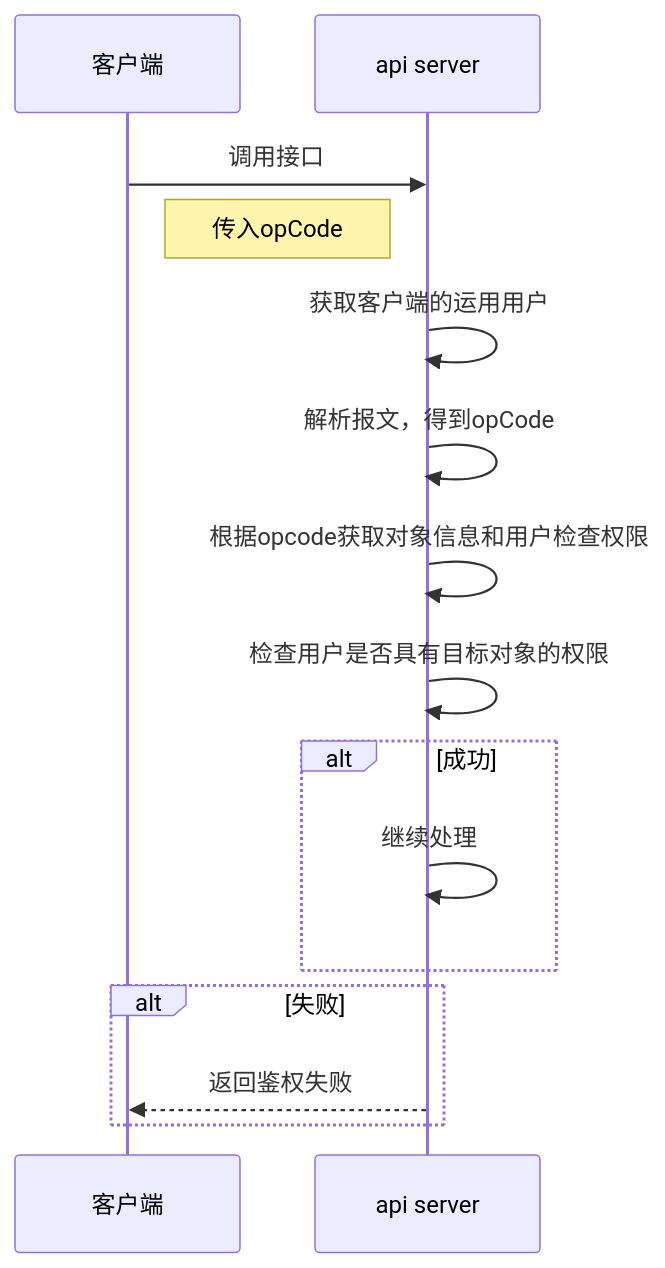
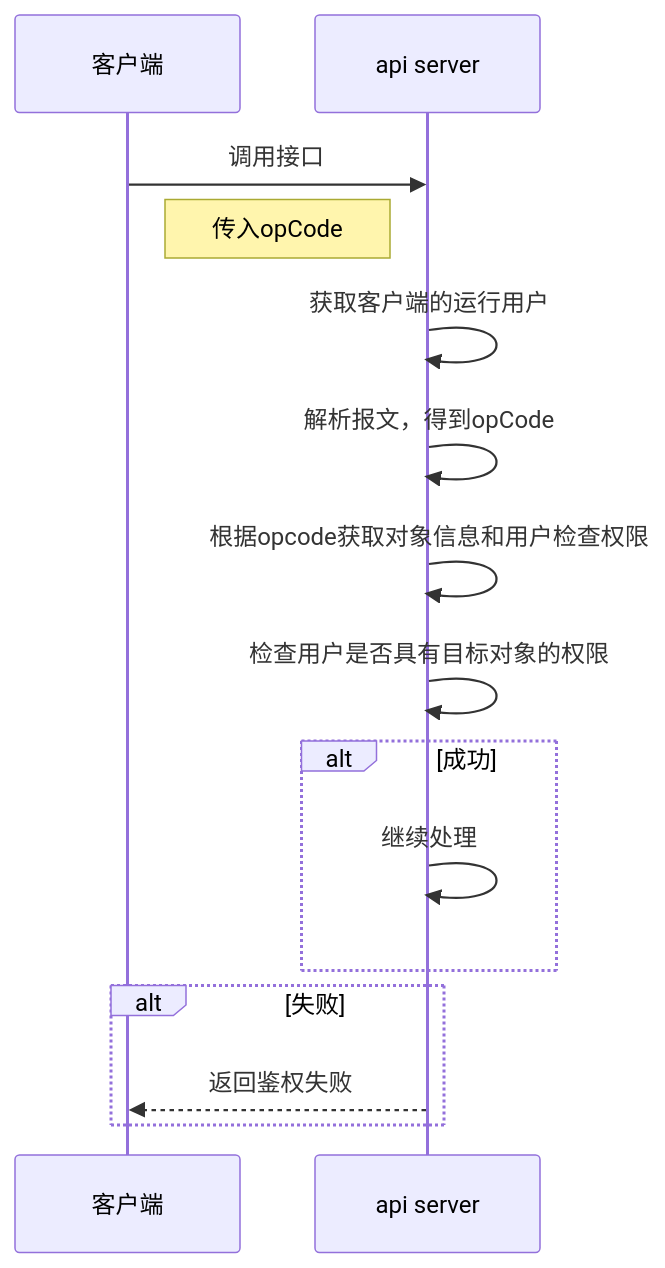
Before and after one commit to openeuler-mirror/ubs-engine: the fourth of 4 diagrams in docs/design/UBSE角色访问控制设计.md, drawn with Mermaid. The commit also changed other lines of this file and 42 other files, not shown here.

````diff
--- a/docs/design/UBSE角色访问控制设计.md
+++ b/docs/design/UBSE角色访问控制设计.md
@@ -212,15 +222,15 @@
 ```mermaid
 sequenceDiagram
 客户端->>api server:调用接口
 Note right of 客户端: 传入opCode
-api server->>api server:获取客户端的运用用户
+api server->>api server:获取客户端的运行用户
 api server->>api server:解析报文，得到opCode
 api server->>api server:根据opcode获取对象信息和用户检查权限
 api server->>api server:检查用户是否具有目标对象的权限
 alt 成功
   api server->>api server:继续处理  
 end
 alt 失败
   api server-->>客户端:返回鉴权失败  
 end
 ```
````
